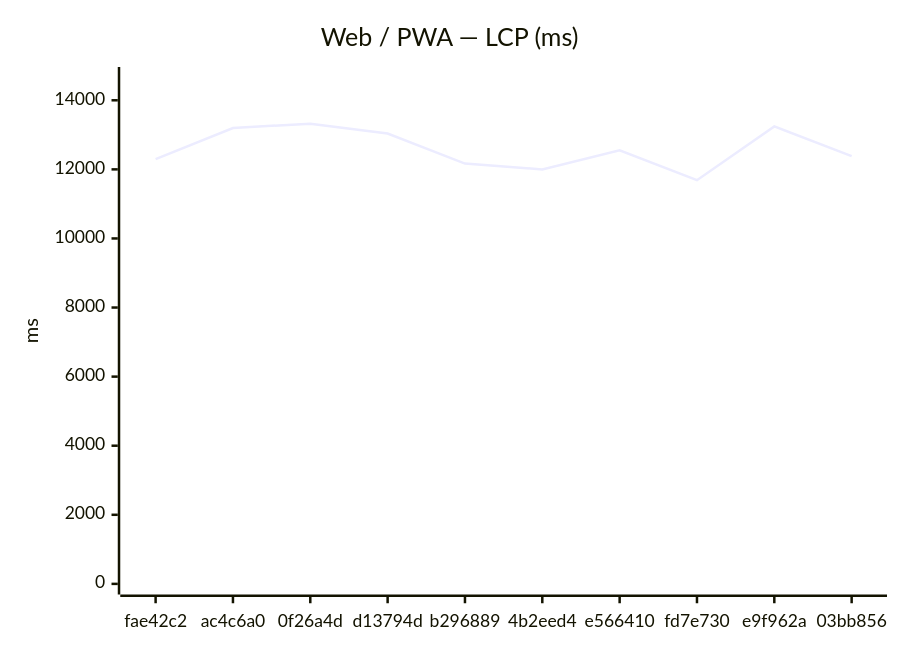
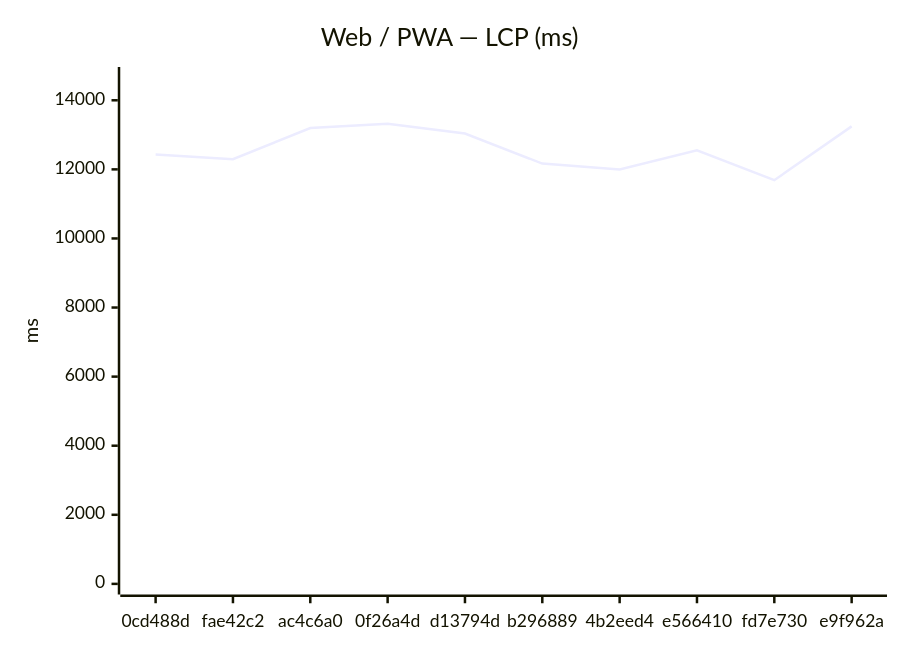
The first of 18 diagrams in benchmarks/compare.md (Metaheurist/Rianell), drawn with Mermaid before and after one commit. The commit also changed other lines of this file and 11 other files, not shown here.

````diff
--- a/benchmarks/compare.md
+++ b/benchmarks/compare.md
@@ -24,7 +24,7 @@
 ```mermaid
 xychart-beta
     title "Web / PWA — LCP (ms)"
-    x-axis ["fae42c2", "ac4c6a0", "0f26a4d", "d13794d", "b296889", "4b2eed4", "e566410", "fd7e730", "e9f962a", "03bb856"]
+    x-axis ["0cd488d", "fae42c2", "ac4c6a0", "0f26a4d", "d13794d", "b296889", "4b2eed4", "e566410", "fd7e730", "e9f962a"]
     y-axis "ms" 0 --> 14656
-    line [12295, 13197, 13323, 13038, 12168, 11999, 12553, 11687, 13245, 12382]
+    line [12430, 12295, 13197, 13323, 13038, 12168, 11999, 12553, 11687, 13245]
 ```
````
